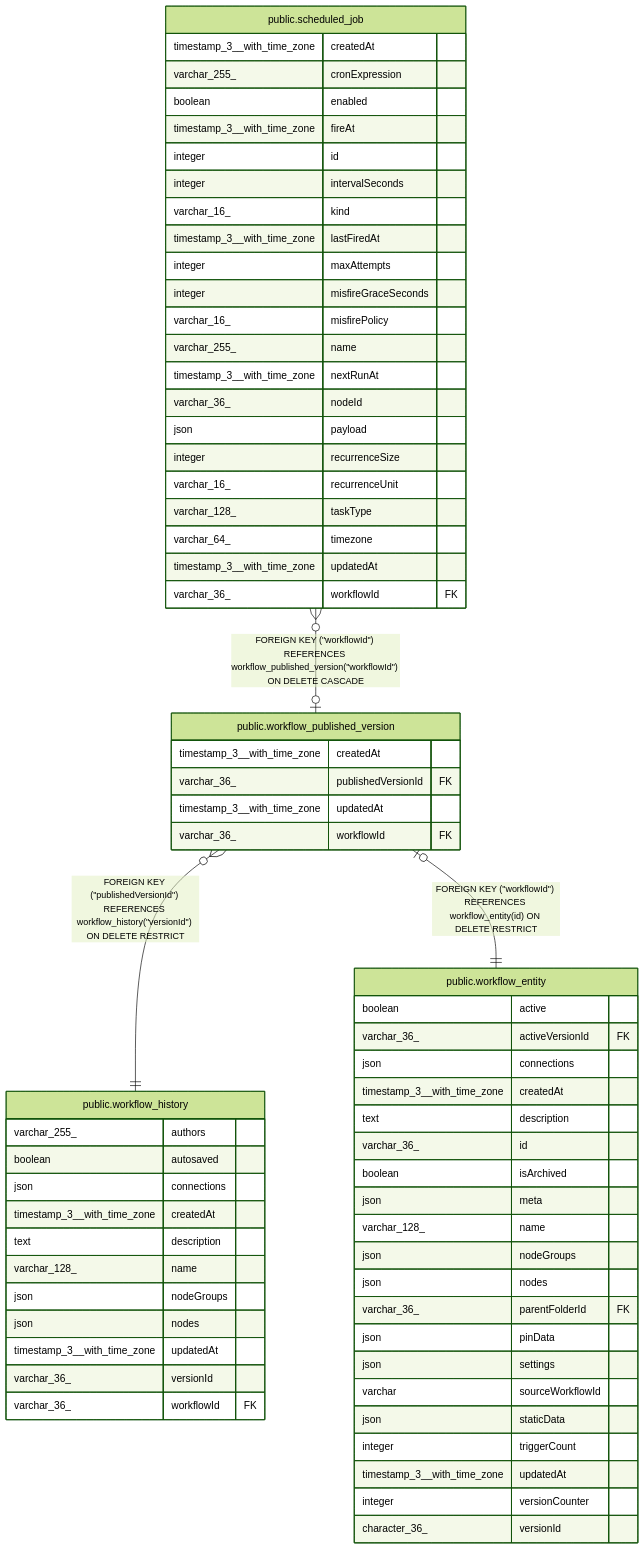
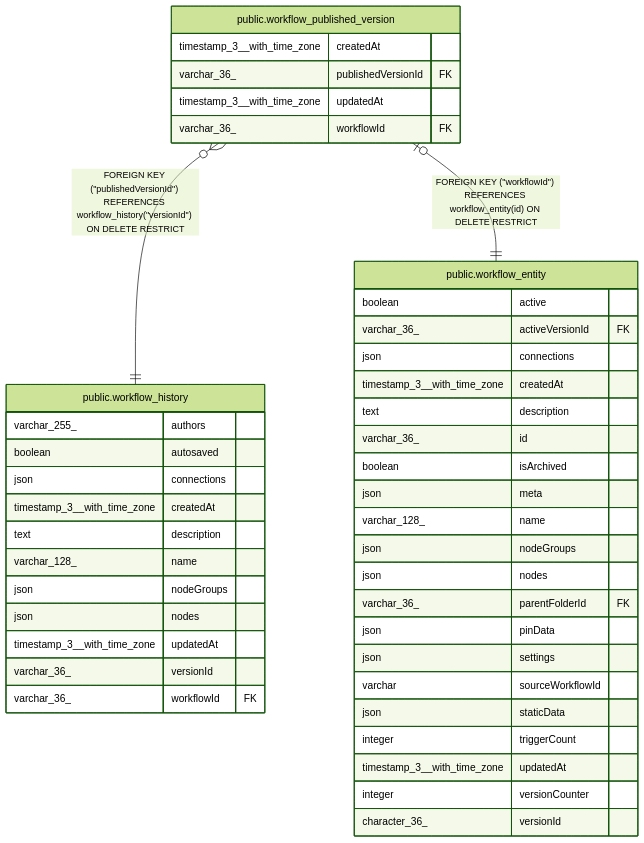
The diagram in docs/generated/postgres-schema/public.workflow_published_version.md (RukshanAmodya/Aethera), drawn with Mermaid (forest theme) before and after one commit. The commit also changed other lines of this file and 1982 other files, not shown here.

````diff
--- a/docs/generated/postgres-schema/public.workflow_published_version.md
+++ b/docs/generated/postgres-schema/public.workflow_published_version.md
@@ -32,72 +32,48 @@
 ```mermaid
 erDiagram
 
 "public.workflow_published_version" }o--|| "public.workflow_history" : "FOREIGN KEY (#quot;publishedVersionId#quot;) REFERENCES workflow_history(#quot;versionId#quot;) ON DELETE RESTRICT"
 "public.workflow_published_version" |o--|| "public.workflow_entity" : "FOREIGN KEY (#quot;workflowId#quot;) REFERENCES workflow_entity(id) ON DELETE RESTRICT"
-"public.scheduled_job" }o--o| "public.workflow_published_version" : "FOREIGN KEY (#quot;workflowId#quot;) REFERENCES workflow_published_version(#quot;workflowId#quot;) ON DELETE CASCADE"
 
 "public.workflow_published_version" {
   timestamp_3__with_time_zone createdAt
   varchar_36_ publishedVersionId FK
   timestamp_3__with_time_zone updatedAt
   varchar_36_ workflowId FK
 }
 "public.workflow_history" {
   varchar_255_ authors
   boolean autosaved
   json connections
   timestamp_3__with_time_zone createdAt
   text description
   varchar_128_ name
   json nodeGroups
   json nodes
   timestamp_3__with_time_zone updatedAt
   varchar_36_ versionId
   varchar_36_ workflowId FK
 }
 "public.workflow_entity" {
   boolean active
   varchar_36_ activeVersionId FK
   json connections
   timestamp_3__with_time_zone createdAt
   text description
   varchar_36_ id
   boolean isArchived
   json meta
   varchar_128_ name
   json nodeGroups
   json nodes
   varchar_36_ parentFolderId FK
   json pinData
   json settings
   varchar sourceWorkflowId
   json staticData
   integer triggerCount
   timestamp_3__with_time_zone updatedAt
   integer versionCounter
   character_36_ versionId
 }
-"public.scheduled_job" {
-  timestamp_3__with_time_zone createdAt
-  varchar_255_ cronExpression
-  boolean enabled
-  timestamp_3__with_time_zone fireAt
-  integer id
-  integer intervalSeconds
-  varchar_16_ kind
-  timestamp_3__with_time_zone lastFiredAt
-  integer maxAttempts
-  integer misfireGraceSeconds
-  varchar_16_ misfirePolicy
-  varchar_255_ name
-  timestamp_3__with_time_zone nextRunAt
-  varchar_36_ nodeId
-  json payload
-  integer recurrenceSize
-  varchar_16_ recurrenceUnit
-  varchar_128_ taskType
-  varchar_64_ timezone
-  timestamp_3__with_time_zone updatedAt
-  varchar_36_ workflowId FK
-}
 ```
````
